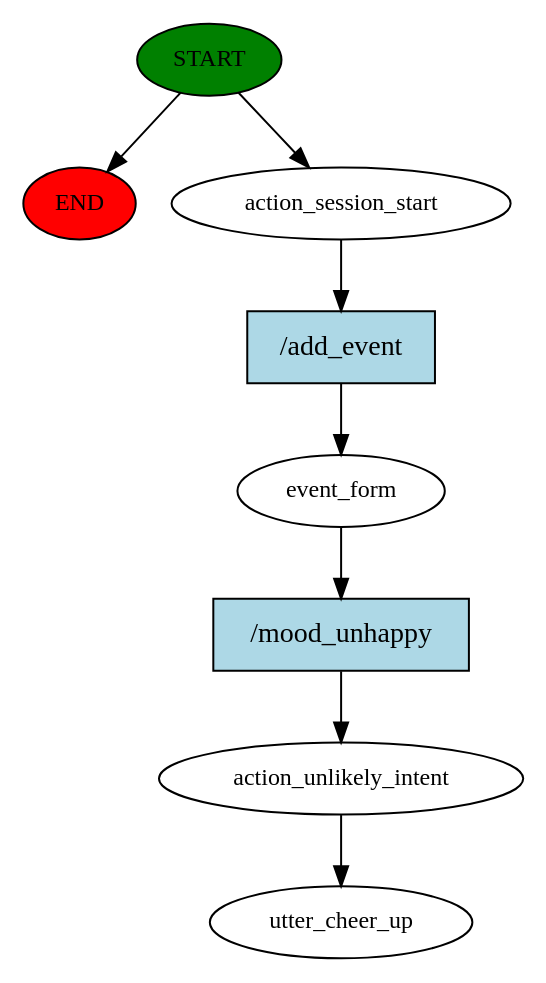
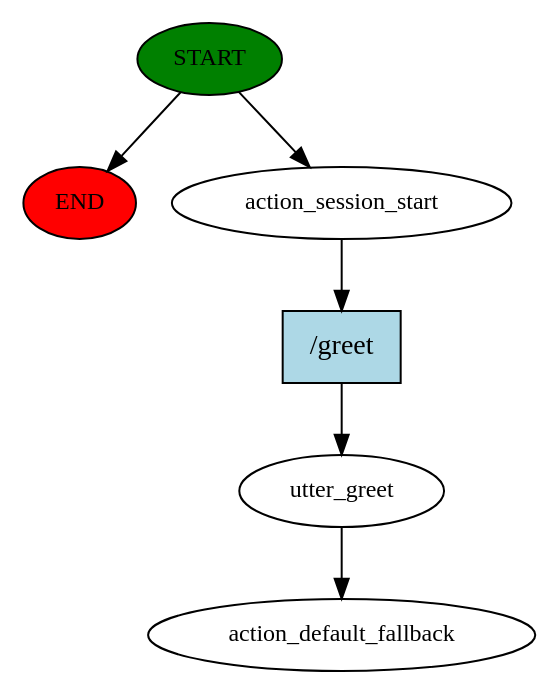
One commit to RasaHQ/Hands-on_Series changed the diagram in story_graph.dot. Above: the diagram before and after it, drawn with Graphviz. The commit also changed 3 other files, not shown here.

```diff
--- a/story_graph.dot
+++ b/story_graph.dot
@@ -1,17 +1,13 @@
 digraph  {
 0 [class="start active", fillcolor=green, fontsize=12, label=START, style=filled];
 "-1" [class=end, fillcolor=red, fontsize=12, label=END, style=filled];
 1 [class=active, fontsize=12, label=action_session_start];
-2 [class=active, fontsize=12, label=event_form];
-3 [class=active, fontsize=12, label=action_unlikely_intent];
-4 [class="dashed active", fontsize=12, label=utter_cheer_up];
-5 [class="intent active", fillcolor=lightblue, label="/add_event", shape=rect, style=filled];
-6 [class="intent active", fillcolor=lightblue, label="/mood_unhappy", shape=rect, style=filled];
+2 [class=active, fontsize=12, label=utter_greet];
+3 [class="dashed active", fontsize=12, label=action_default_fallback];
+4 [class="intent active", fillcolor=lightblue, label="/greet", shape=rect, style=filled];
 0 -> "-1"  [class="", key=NONE, label=""];
 0 -> 1  [class=active, key=NONE, label=""];
-1 -> 5  [class=active, key=0];
-2 -> 6  [class=active, key=0];
-3 -> 4  [class=active, key=NONE, label=""];
-5 -> 2  [class=active, key=0];
-6 -> 3  [class=active, key=0];
+1 -> 4  [class=active, key=0];
+2 -> 3  [class=active, key=NONE, label=""];
+4 -> 2  [class=active, key=0];
 }
```
